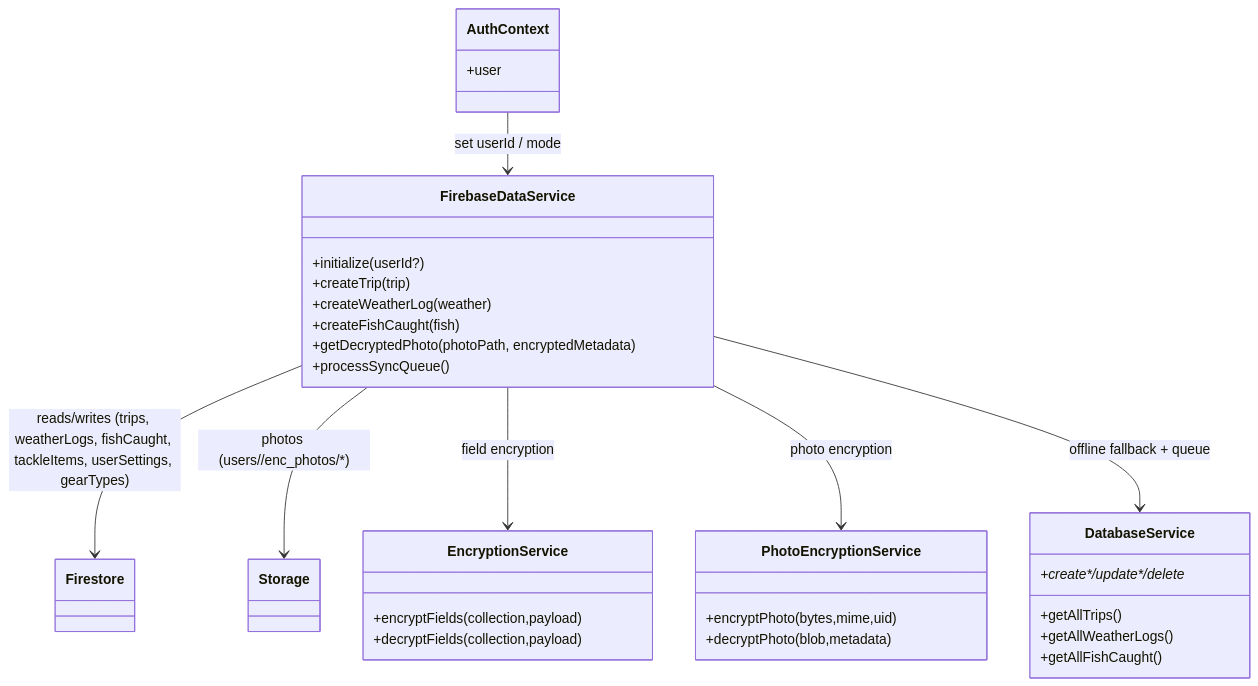
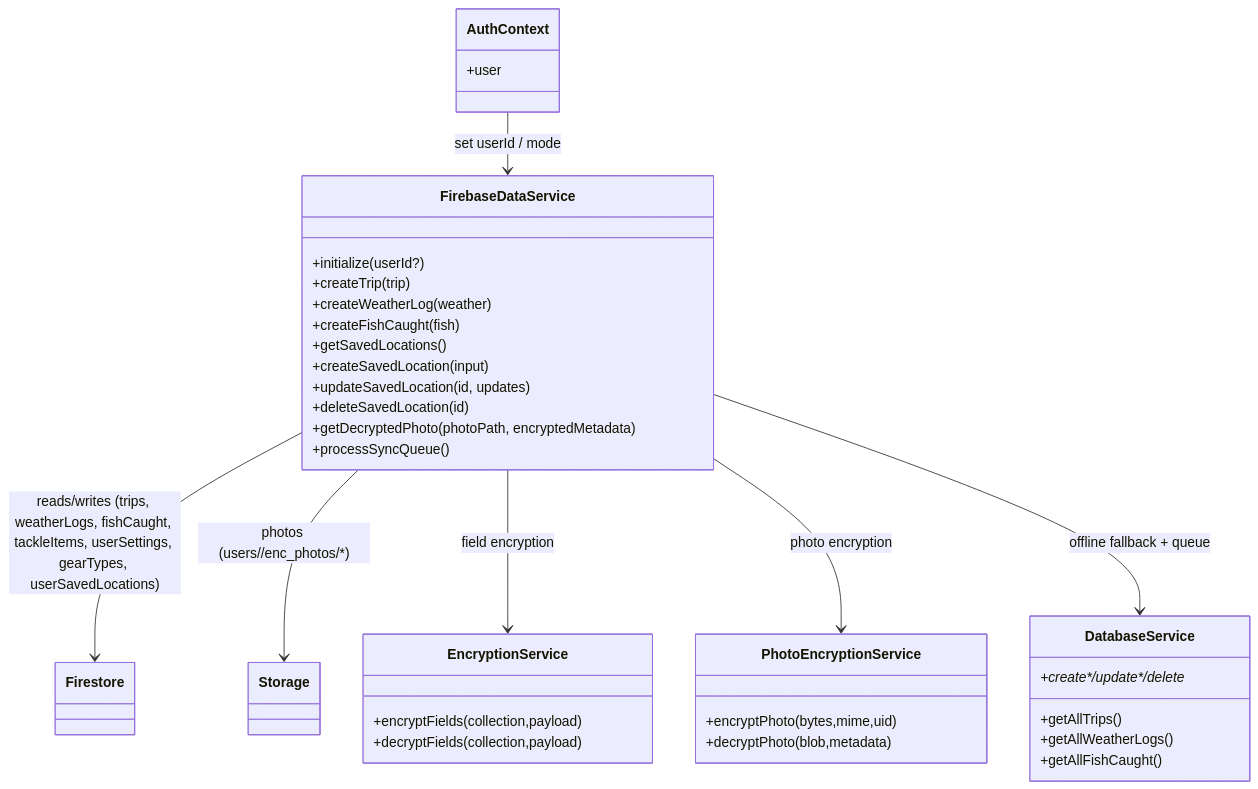
One commit to kerry-davis/maori-fishing-calendar-react changed the third of 4 diagrams in docs/architecture/DATA_MODEL.md. Above: the diagram before and after it, drawn with Mermaid. The commit also changed other lines of this file and 26 other files, not shown here.

Commit message:
feat: add locations feature with saved locations functionality

````diff
--- a/docs/architecture/DATA_MODEL.md
+++ b/docs/architecture/DATA_MODEL.md
@@ -188,35 +214,39 @@
 ```mermaid
 classDiagram
   class FirebaseDataService {
     +initialize(userId?)
     +createTrip(trip)
     +createWeatherLog(weather)
     +createFishCaught(fish)
+    +getSavedLocations()
+    +createSavedLocation(input)
+    +updateSavedLocation(id, updates)
+    +deleteSavedLocation(id)
     +getDecryptedPhoto(photoPath, encryptedMetadata)
     +processSyncQueue()
   }
   class DatabaseService {
     +getAllTrips()
     +getAllWeatherLogs()
     +getAllFishCaught()
     +create*/update*/delete*
   }
   class EncryptionService {
     +encryptFields(collection,payload)
     +decryptFields(collection,payload)
   }
   class PhotoEncryptionService {
     +encryptPhoto(bytes,mime,uid)
     +decryptPhoto(blob,metadata)
   }
   class Firestore
   class Storage
   class AuthContext { +user }
 
   AuthContext --> FirebaseDataService : set userId / mode
-  FirebaseDataService --> Firestore : reads/writes (trips, weatherLogs, fishCaught, tackleItems, userSettings, gearTypes)
+  FirebaseDataService --> Firestore : reads/writes (trips, weatherLogs, fishCaught, tackleItems, userSettings, gearTypes, userSavedLocations)
   FirebaseDataService --> Storage : photos (users/<uid>/enc_photos/*)
   FirebaseDataService --> EncryptionService : field encryption
   FirebaseDataService --> PhotoEncryptionService : photo encryption
   FirebaseDataService --> DatabaseService : offline fallback + queue
 ```
````
